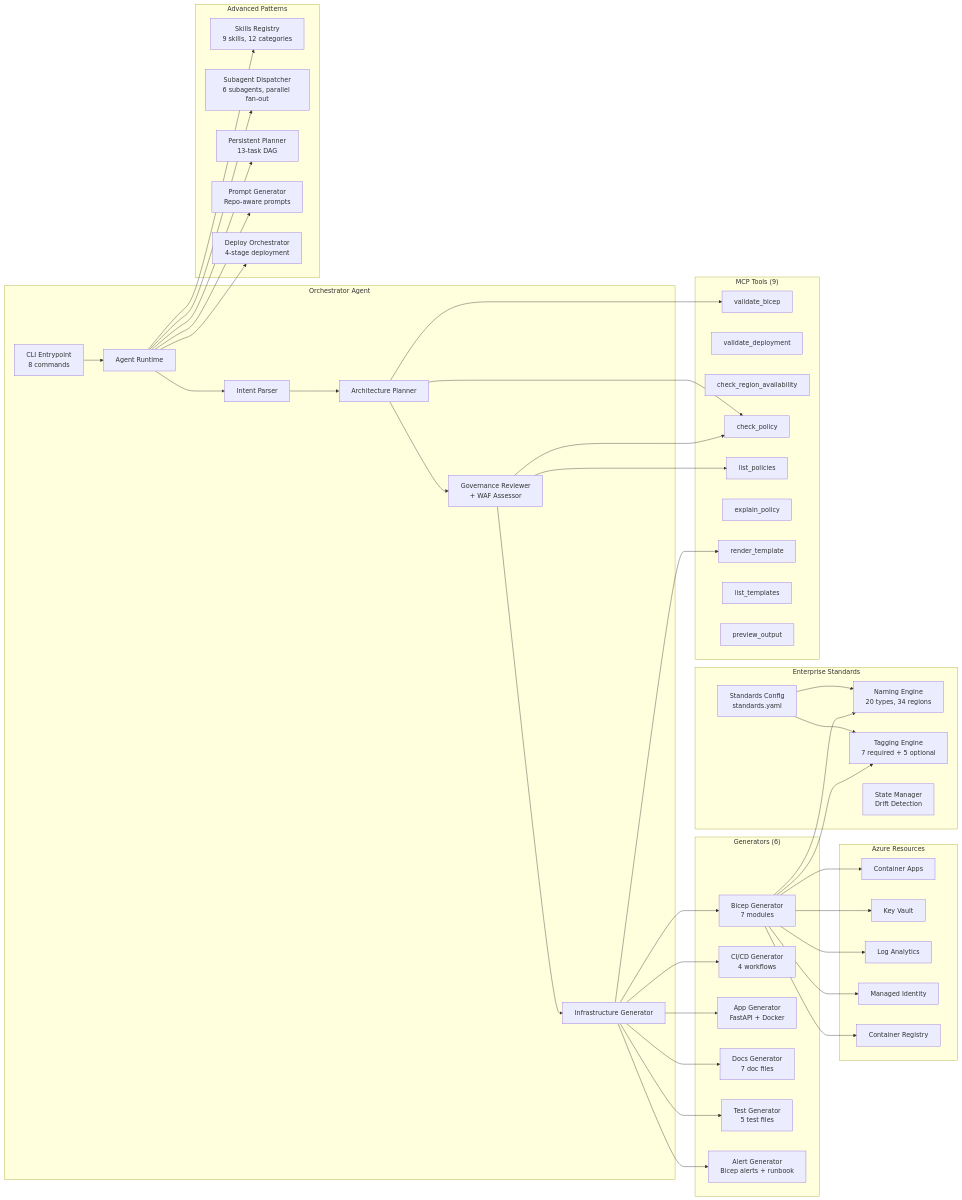
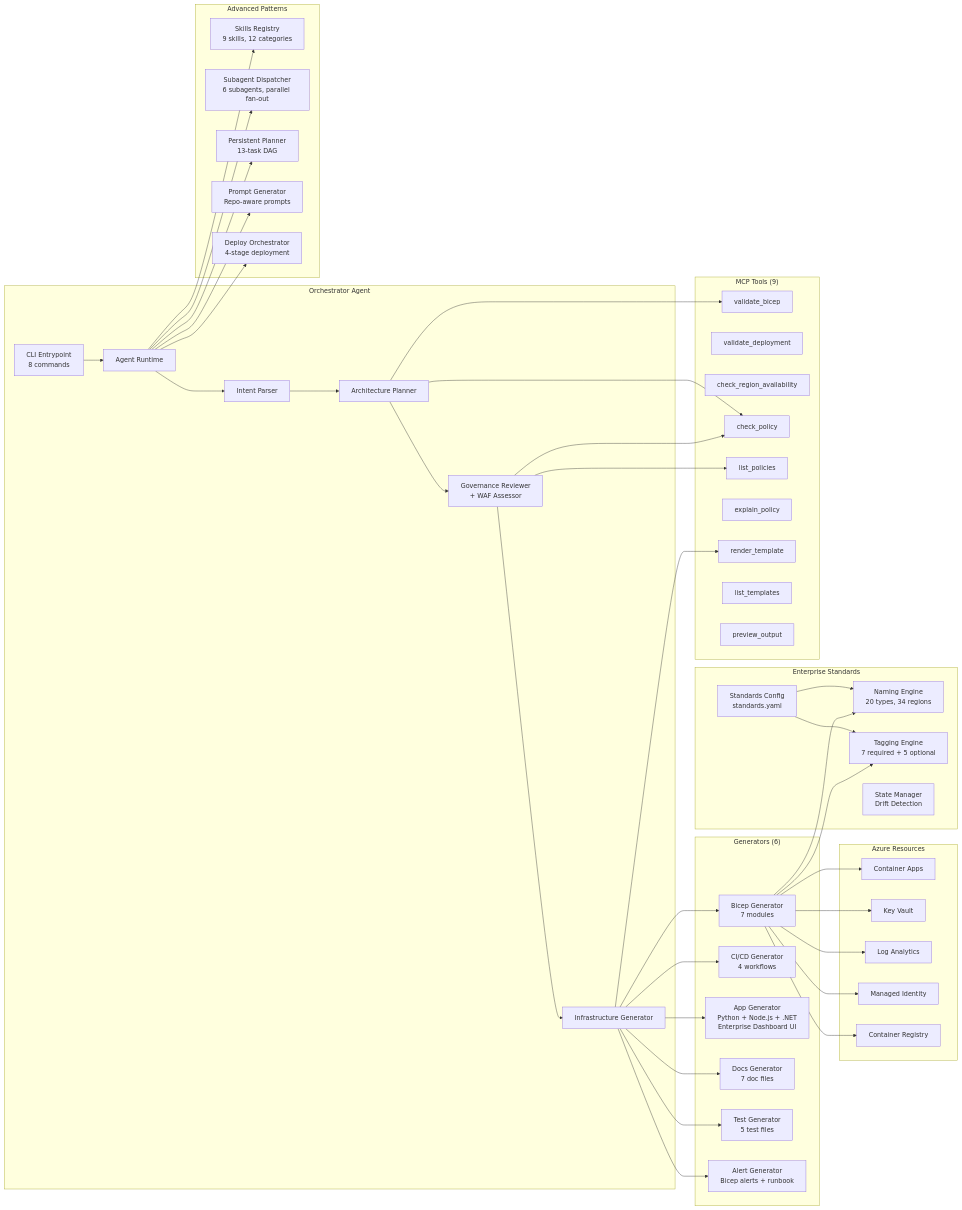
One commit to acworkma/enterprise-devex-orchestrator changed the second of 3 diagrams in docs/architecture.md. Above: the diagram before and after it, drawn with Mermaid. The commit also changed other lines of this file and 6 other files, not shown here.

Commit message:
docs: update documentation for v1.2.0 - multi-language enterprise dashboard, 543 tests

````diff
--- a/docs/architecture.md
+++ b/docs/architecture.md
@@ -42,71 +42,71 @@
 ```mermaid
 graph LR
     subgraph "Orchestrator Agent"
         CLI[CLI Entrypoint<br>8 commands]
         RT[Agent Runtime]
         IP[Intent Parser]
         AP[Architecture Planner]
         GR[Governance Reviewer<br>+ WAF Assessor]
         IG[Infrastructure Generator]
     end
 
     subgraph "Generators (6)"
         BG[Bicep Generator<br>7 modules]
         CG[CI/CD Generator<br>4 workflows]
-        AG[App Generator<br>FastAPI + Docker]
+        AG[App Generator<br>Python + Node.js + .NET<br>Enterprise Dashboard UI]
         DG[Docs Generator<br>7 doc files]
         TG[Test Generator<br>5 test files]
         ALG[Alert Generator<br>Bicep alerts + runbook]
     end
 
     subgraph "Enterprise Standards"
         NE[Naming Engine<br>20 types, 34 regions]
         TE[Tagging Engine<br>7 required + 5 optional]
         SC[Standards Config<br>standards.yaml]
         SM[State Manager<br>Drift Detection]
     end
 
     subgraph "Advanced Patterns"
         SK[Skills Registry<br>9 skills, 12 categories]
         SD[Subagent Dispatcher<br>6 subagents, parallel fan-out]
         PP[Persistent Planner<br>13-task DAG]
         PG[Prompt Generator<br>Repo-aware prompts]
         DO[Deploy Orchestrator<br>4-stage deployment]
     end
 
     subgraph "MCP Tools (9)"
         AV[validate_bicep]
         VD[validate_deployment]
         RA[check_region_availability]
         CP[check_policy]
         LP[list_policies]
         EP[explain_policy]
         RT2[render_template]
         LT[list_templates]
         PO[preview_output]
     end
 
     subgraph "Azure Resources"
         CA[Container Apps]
         KV[Key Vault]
         LA[Log Analytics]
         MI[Managed Identity]
         ACR[Container Registry]
     end
 
     CLI --> RT
     RT --> IP --> AP --> GR --> IG
 
     IG --> BG & CG & AG & DG & TG & ALG
 
     SC --> NE & TE
     BG --> NE & TE
     BG --> CA & KV & LA & MI & ACR
 
     AP --> AV & CP
     GR --> CP & LP
     IG --> RT2
 
     RT --> SK & SD & PP
     RT --> PG & DO
 ```
````
